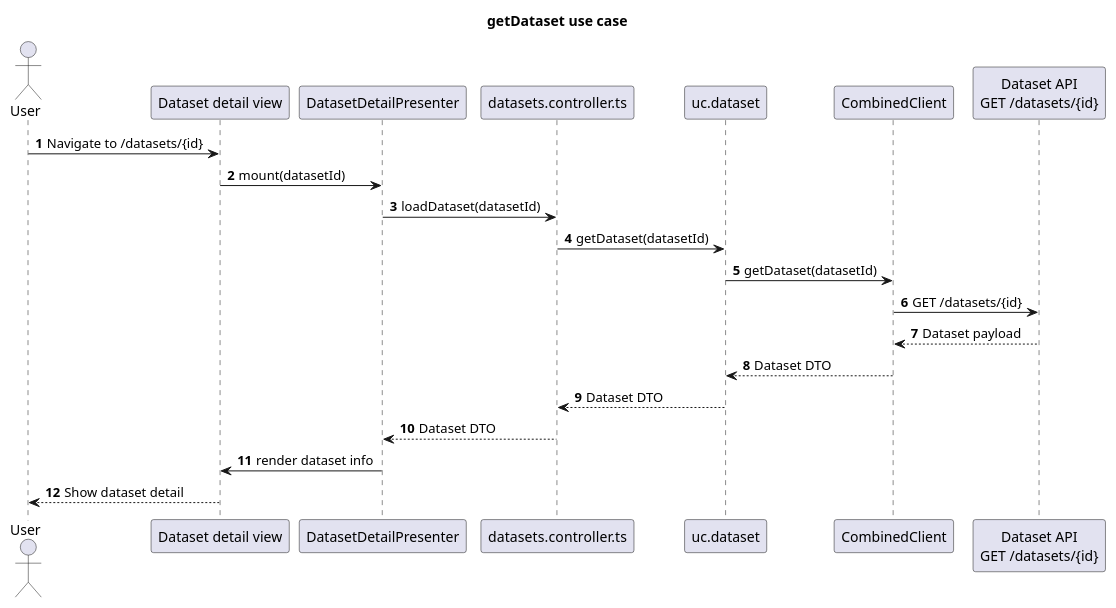
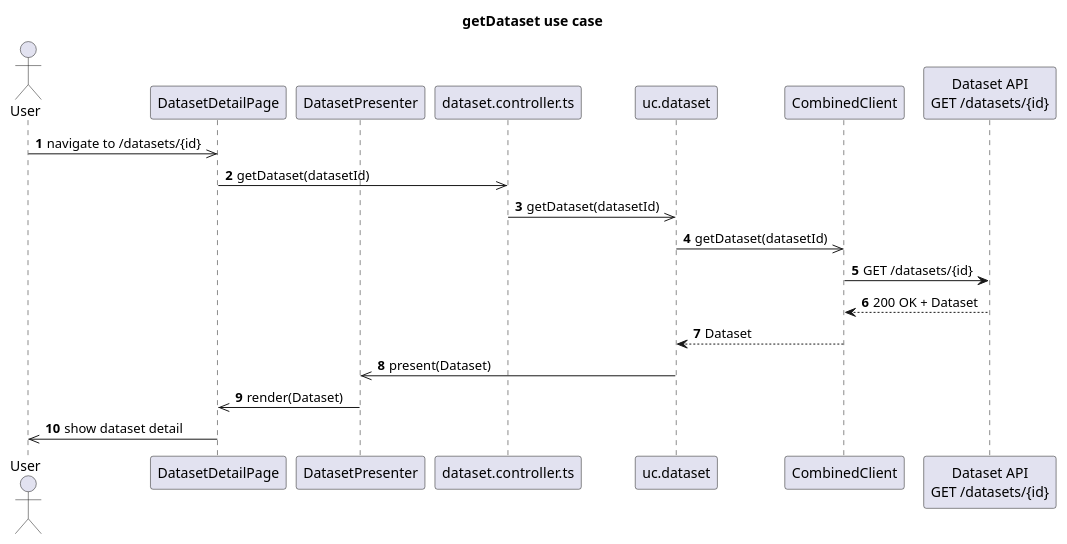
Before and after one commit to POP2025-EEPW/doorce-frontend: the diagram in diagrams/sequence/getDataset.puml, drawn with PlantUML. The commit also changed 1 other file, not shown here.

Commit message:
fix: update schema diagrams to match flow

```diff
--- a/diagrams/sequence/getDataset.puml
+++ b/diagrams/sequence/getDataset.puml
@@ -1,27 +1,25 @@
 @startuml
 title getDataset use case
 autonumber
 
 actor User
 
-participant "Dataset detail view" as View
-participant "DatasetDetailPresenter" as Presenter
-participant "datasets.controller.ts" as Controller
+participant "DatasetDetailPage" as View
+participant "DatasetPresenter" as Presenter
+participant "dataset.controller.ts" as Controller
 participant "uc.dataset" as UseCase
 participant "CombinedClient" as Client
 participant "Dataset API\nGET /datasets/{id}" as Http
 
-User -> View : Navigate to /datasets/{id}
-View -> Presenter : mount(datasetId)
-Presenter -> Controller : loadDataset(datasetId)
-Controller -> UseCase : getDataset(datasetId)
-UseCase -> Client : getDataset(datasetId)
+User ->> View : navigate to /datasets/{id}
+View ->> Controller : getDataset(datasetId)
+Controller ->> UseCase : getDataset(datasetId)
+UseCase ->> Client : getDataset(datasetId)
 Client -> Http : GET /datasets/{id}
-Http --> Client : Dataset payload
-Client --> UseCase : Dataset DTO
-UseCase --> Controller : Dataset DTO
-Controller --> Presenter : Dataset DTO
-Presenter -> View : render dataset info
-View --> User : Show dataset detail
+Http --> Client : 200 OK + Dataset
+Client --> UseCase : Dataset
+UseCase ->> Presenter : present(Dataset)
+Presenter ->> View : render(Dataset)
+View ->> User : show dataset detail
 
 @enduml
```
